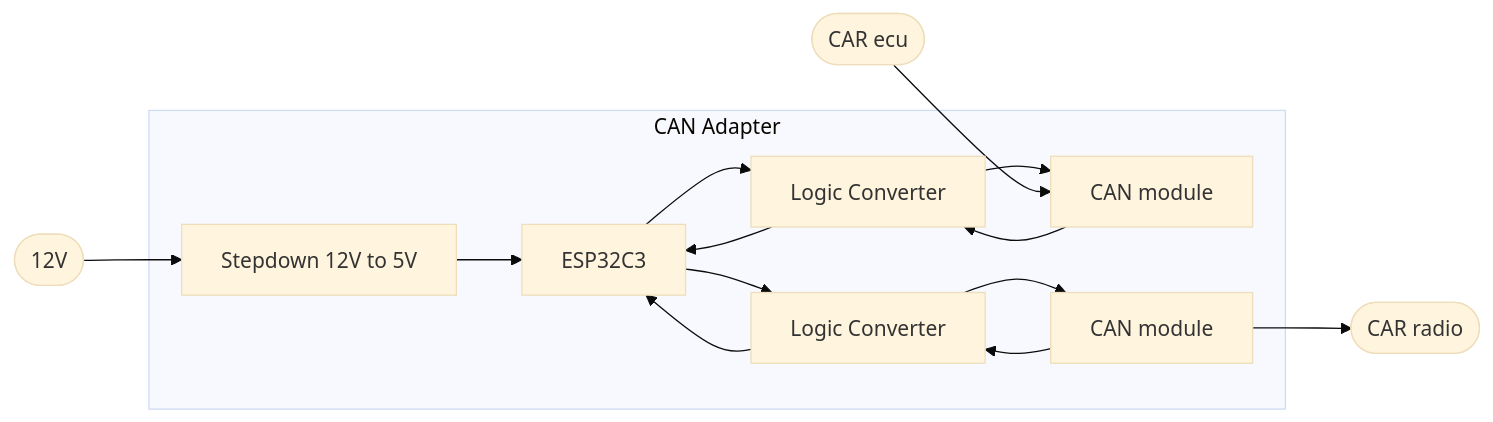
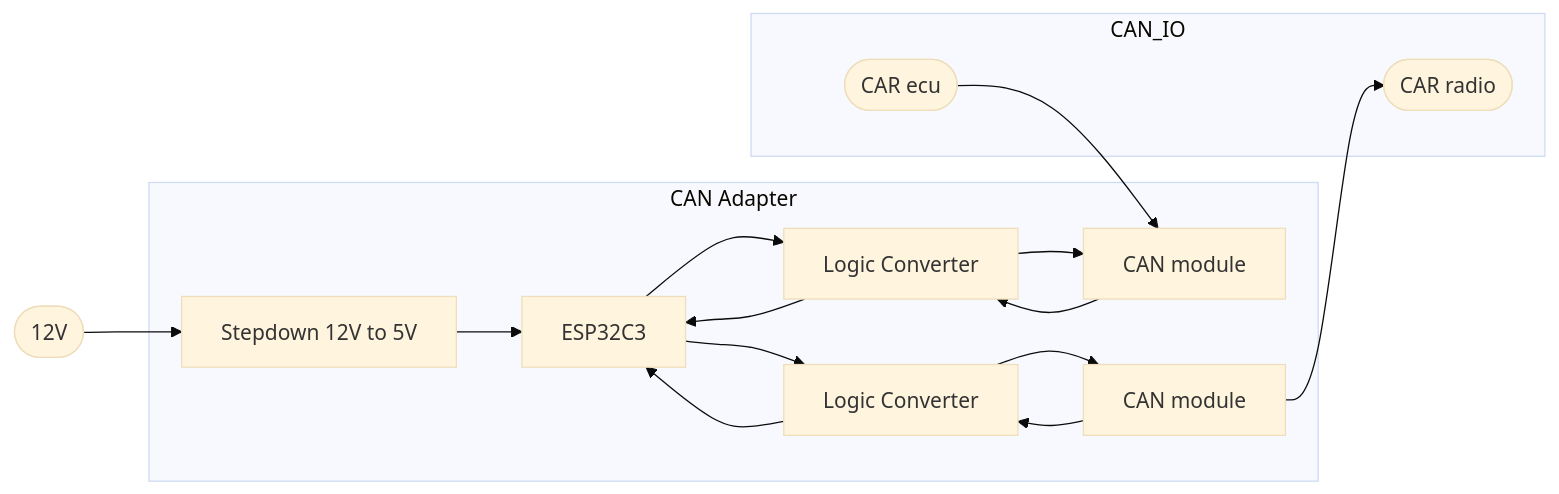
The diagram in README.md (Wojtechos/CAN_VWTP_ADAPTER), drawn with Mermaid (base theme) before and after one commit.

````diff
--- a/README.md
+++ b/README.md
@@ -16,24 +16,28 @@
 ```mermaid
   flowchart LR
     Power(["12V"])
     subgraph CAN Adapter
       Stepdown["Stepdown 12V to 5V"]
       MCU["ESP32C3"]
       LOGCONV1["Logic Converter"]
       LOGCONV2["Logic Converter"]
       CANMOD1["CAN module"]
       CANMOD2["CAN module"] 
     end
+    subgraph CAN_IO
+      RADIO(["CAR radio"])
+      ECU(["CAR ecu"])
+    end
     Power --> Stepdown
     Stepdown --> MCU
     MCU --> LOGCONV1
     MCU --> LOGCONV2
     LOGCONV1 --> CANMOD1 
     LOGCONV2 --> CANMOD2
-    ECU(["CAR ecu"]) --> CANMOD1 
-    CANMOD2 --> RADIO(["CAR radio"])
+    ECU --> CANMOD1 
+    CANMOD2 --> RADIO
     LOGCONV1 --> MCU
     LOGCONV2 --> MCU
     CANMOD1 --> LOGCONV1
     CANMOD2 --> LOGCONV2
 ```
````
